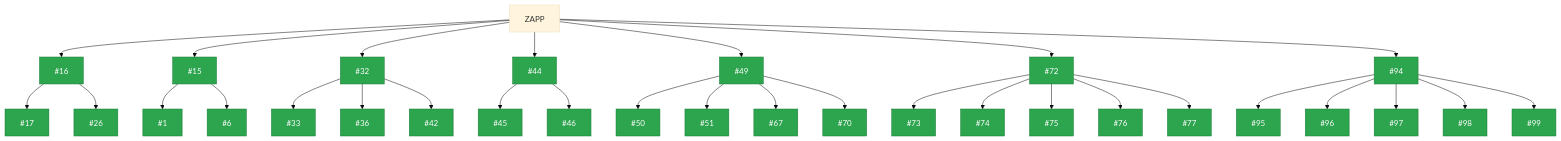
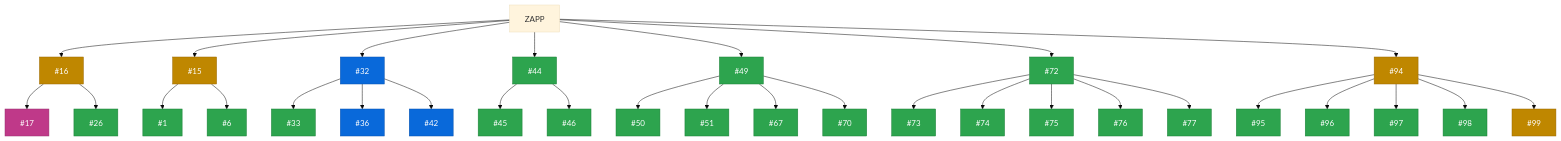
One commit to zappfish/zapp-requirements-tracker changed the second of 9 diagrams in README.md. Above: the diagram before and after it, drawn with Mermaid (base theme). The commit also changed other lines of this file, not shown here.

Commit message:
Update WBS diagram colors to match project board statuses

```diff
--- a/README.md
+++ b/README.md
@@ -44,17 +44,17 @@
 graph TD
     ZAPP["ZAPP"]
 
-    R1["#16"]:::backlog
-    R2["#15"]:::backlog
-    R3["#32"]:::backlog
+    R1["#16"]:::inprogress
+    R2["#15"]:::inprogress
+    R3["#32"]:::upnext
     R4["#44"]:::backlog
     R5["#49"]:::backlog
     R6["#72"]:::backlog
-    R7["#94"]:::backlog
+    R7["#94"]:::inprogress
 
     ZAPP --> R1 & R2 & R3 & R4 & R5 & R6 & R7
 
-    R1A["#17"]:::backlog
+    R1A["#17"]:::stable
     R1B["#26"]:::backlog
     R1 --> R1A & R1B
 
@@ -63,8 +63,8 @@
     R2 --> R2A & R2B
 
     R3A["#33"]:::backlog
-    R3B["#36"]:::backlog
-    R3C["#42"]:::backlog
+    R3B["#36"]:::upnext
+    R3C["#42"]:::upnext
     R3 --> R3A & R3B & R3C
 
     R4A["#45"]:::backlog
@@ -88,7 +88,7 @@
     R7B["#96"]:::backlog
     R7C["#97"]:::backlog
     R7D["#98"]:::backlog
-    R7E["#99"]:::backlog
+    R7E["#99"]:::inprogress
     R7 --> R7A & R7B & R7C & R7D & R7E
 
     click R1 href "https://github.com/zappfish/zapp-requirements-tracker/issues/16" _blank
```
